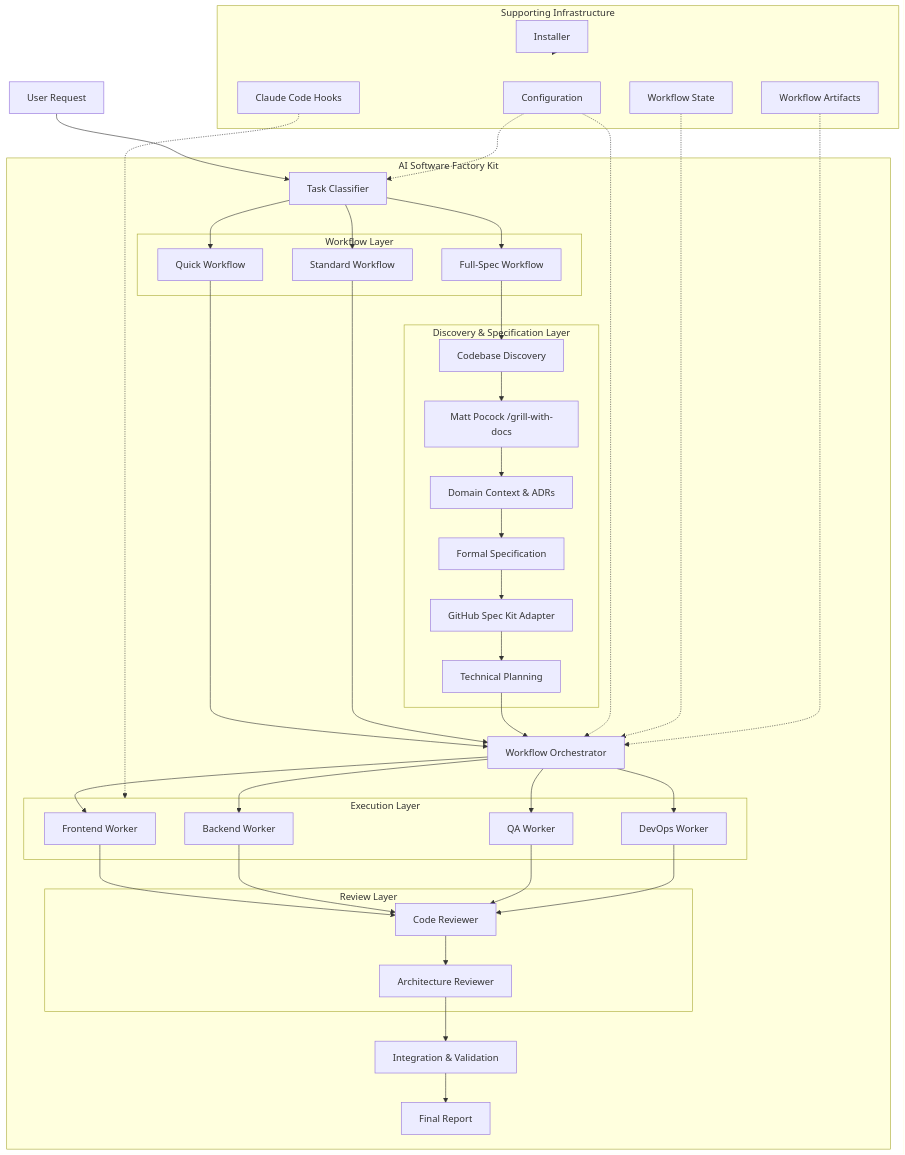
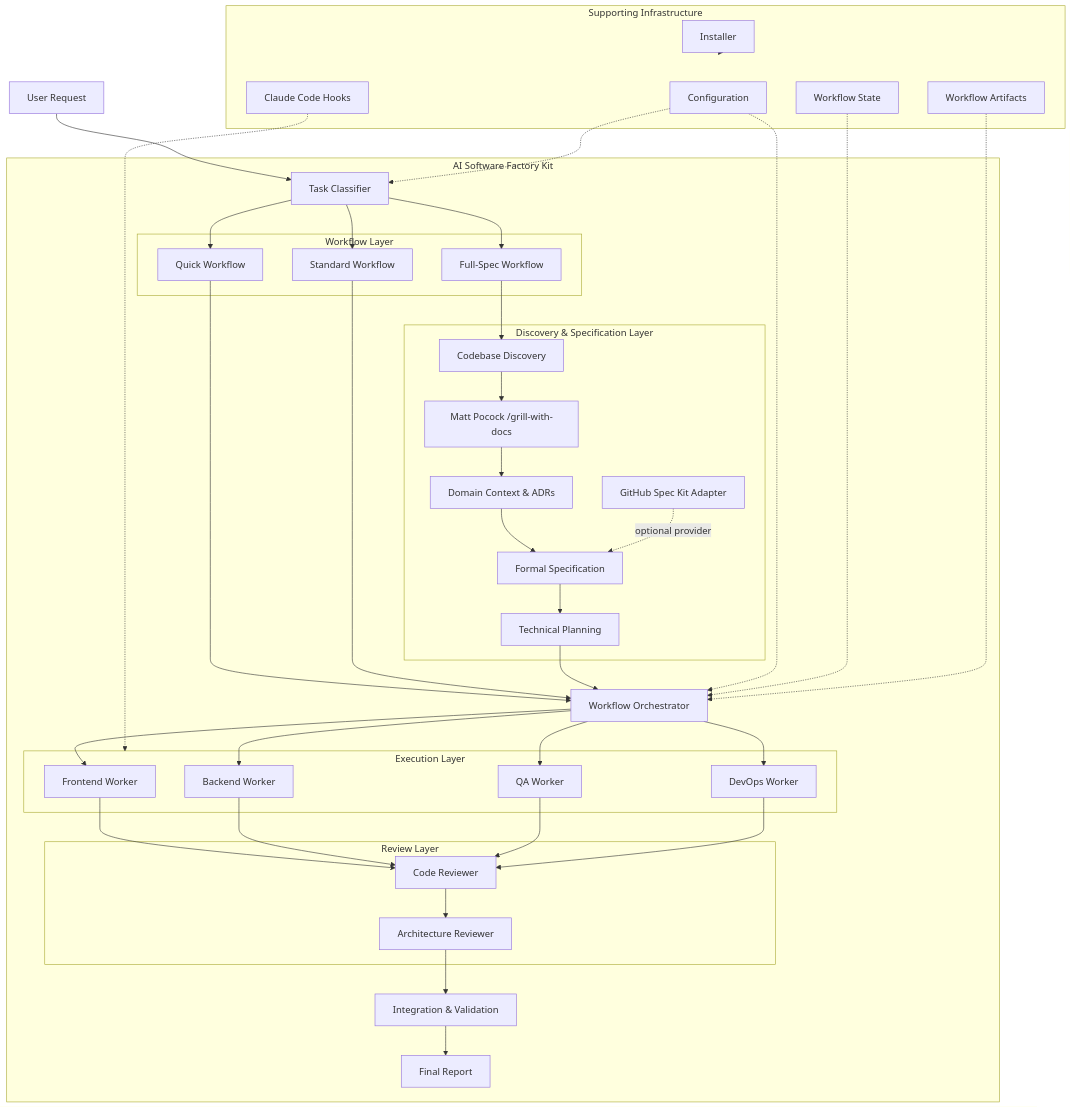
One commit to leoarkiteto/ai-software-factory-kit changed the first of 9 diagrams in docs/architecture.md. Above: the diagram before and after it, drawn with Mermaid. The commit also changed other lines of this file and 39 other files, not shown here.

First line of the commit message:
Phase 2: define contracts, schemas and config model

```diff
--- a/docs/architecture.md
+++ b/docs/architecture.md
@@ -107,8 +107,8 @@
     GRILL --> CONTEXT
     CONTEXT --> SPEC
 
-    SPEC --> SPECKIT
-    SPECKIT --> PLAN
+    SPECKIT -. "optional provider" .-> SPEC
+    SPEC --> PLAN
     PLAN --> ORCHESTRATOR
 
     ORCHESTRATOR --> FRONTEND
```
